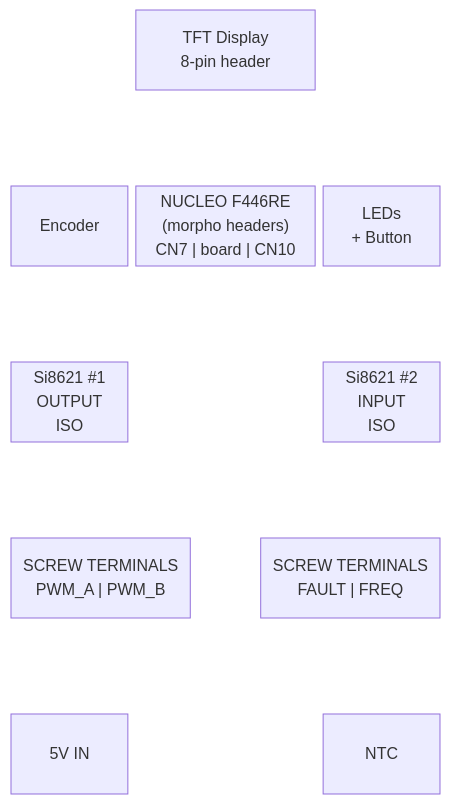
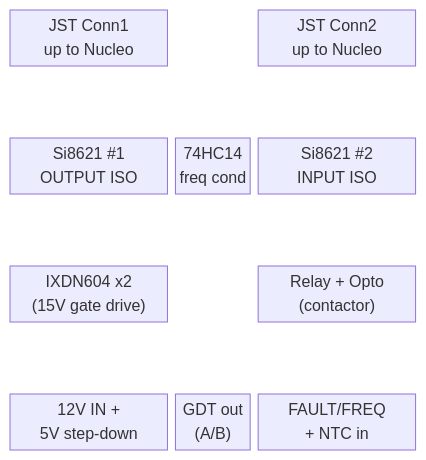
The seventh of 7 diagrams in docs/SHIELD_LAYOUT.md (metanurb21/Nucleo-induction-heater), drawn with Mermaid before and after one commit. The commit also changed other lines of this file, not shown here.

Commit message:
Update SHIELD_LAYOUT: 12V→VIN power arch, stacked perf layout, JST refs

````diff
--- a/docs/SHIELD_LAYOUT.md
+++ b/docs/SHIELD_LAYOUT.md
@@ -81,14 +123,11 @@
 ```mermaid
 block-beta
-    columns 7
-
-    space:2 TFT["TFT Display<br/>8-pin header"]:3 space:2
-    space:7
-    ENC["Encoder"]:2 NUCLEO["NUCLEO F446RE<br/>(morpho headers)<br/>CN7 | board | CN10"]:3 LEDS["LEDs<br/>+ Button"]:2
-    space:7
-    ISO1["Si8621 #1<br/>OUTPUT<br/>ISO"]:2 space:3 ISO2["Si8621 #2<br/>INPUT<br/>ISO"]:2
-    space:7
-    PWM_OUT["SCREW TERMINALS<br/>PWM_A | PWM_B"]:3 space FAULT_FREQ["SCREW TERMINALS<br/>FAULT | FREQ"]:3
-    space:7
-    POWER["5V IN"]:2 space:3 NTC_T["NTC"]:2
+    columns 5
+    J1b["JST Conn1<br/>up to Nucleo"]:2 space J2b["JST Conn2<br/>up to Nucleo"]:2
+    space:5
+    ISO1["Si8621 #1<br/>OUTPUT ISO"]:2 HC14["74HC14<br/>freq cond"] ISO2["Si8621 #2<br/>INPUT ISO"]:2
+    space:5
+    IXDN["IXDN604 x2<br/>(15V gate drive)"]:2 space RLY["Relay + Opto<br/>(contactor)"]:2
+    space:5
+    PWRIN["12V IN +<br/>5V step-down"]:2 GDT_T["GDT out<br/>(A/B)"] FB["FAULT/FREQ<br/>+ NTC in"]:2
 ```
````
